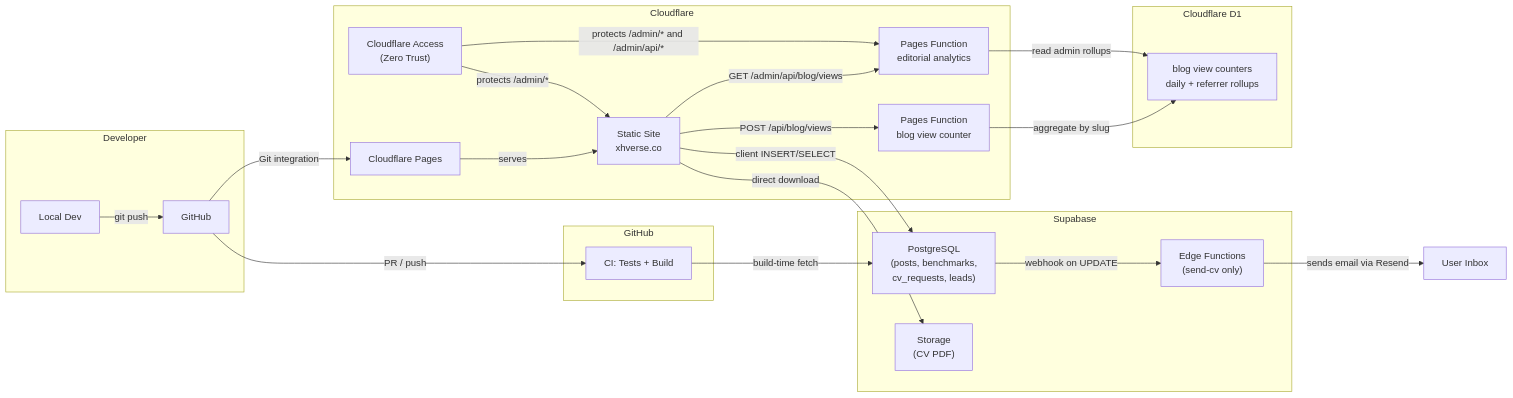
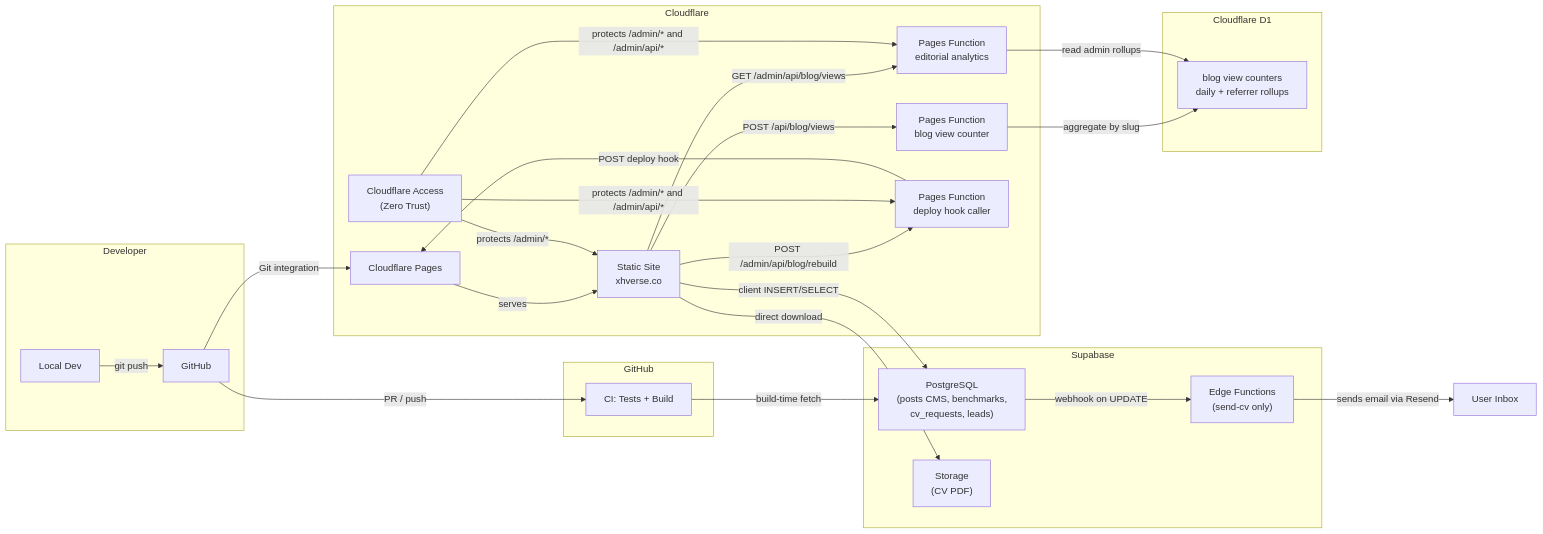
One commit to devruji/xhverse-site changed the diagram in docs/architecture.md. Above: the diagram before and after it, drawn with Mermaid. The commit also changed other lines of this file and 29 other files, not shown here.

````diff
--- a/docs/architecture.md
+++ b/docs/architecture.md
@@ -5,39 +5,42 @@
 ```mermaid
 graph LR
     subgraph Developer
         A[Local Dev] -->|git push| B[GitHub]
     end
 
     subgraph GitHub
         B -->|PR / push| C[CI: Tests + Build]
     end
 
     subgraph Cloudflare
         B -->|Git integration| D[Cloudflare Pages]
         D -->|serves| E["Static Site<br/>xhverse.co"]
         F["Cloudflare Access<br/>(Zero Trust)"] -->|protects /admin/*| E
         E -->|POST /api/blog/views| K["Pages Function<br/>blog view counter"]
         E -->|GET /admin/api/blog/views| L["Pages Function<br/>editorial analytics"]
+        E -->|POST /admin/api/blog/rebuild| N["Pages Function<br/>deploy hook caller"]
         F -->|protects /admin/* and /admin/api/*| L
+        F -->|protects /admin/* and /admin/api/*| N
     end
 
     subgraph Supabase
-        G["PostgreSQL<br/>(posts, benchmarks,<br/>cv_requests, leads)"]
+        G["PostgreSQL<br/>(posts CMS, benchmarks,<br/>cv_requests, leads)"]
         H["Storage<br/>(CV PDF)"]
         I["Edge Functions<br/>(send-cv only)"]
     end
 
     subgraph CloudflareD1["Cloudflare D1"]
         M["blog view counters<br/>daily + referrer rollups"]
     end
 
     C -->|build-time fetch| G
     E -->|client INSERT/SELECT| G
+    N -->|POST deploy hook| D
     E -->|direct download| H
     G -->|webhook on UPDATE| I
     I -->|sends email via Resend| J[User Inbox]
     K -->|aggregate by slug| M
     L -->|read admin rollups| M
 
     %% v3 deferred: no unique visitor tracking or fingerprinting in this phase
 ```
````
